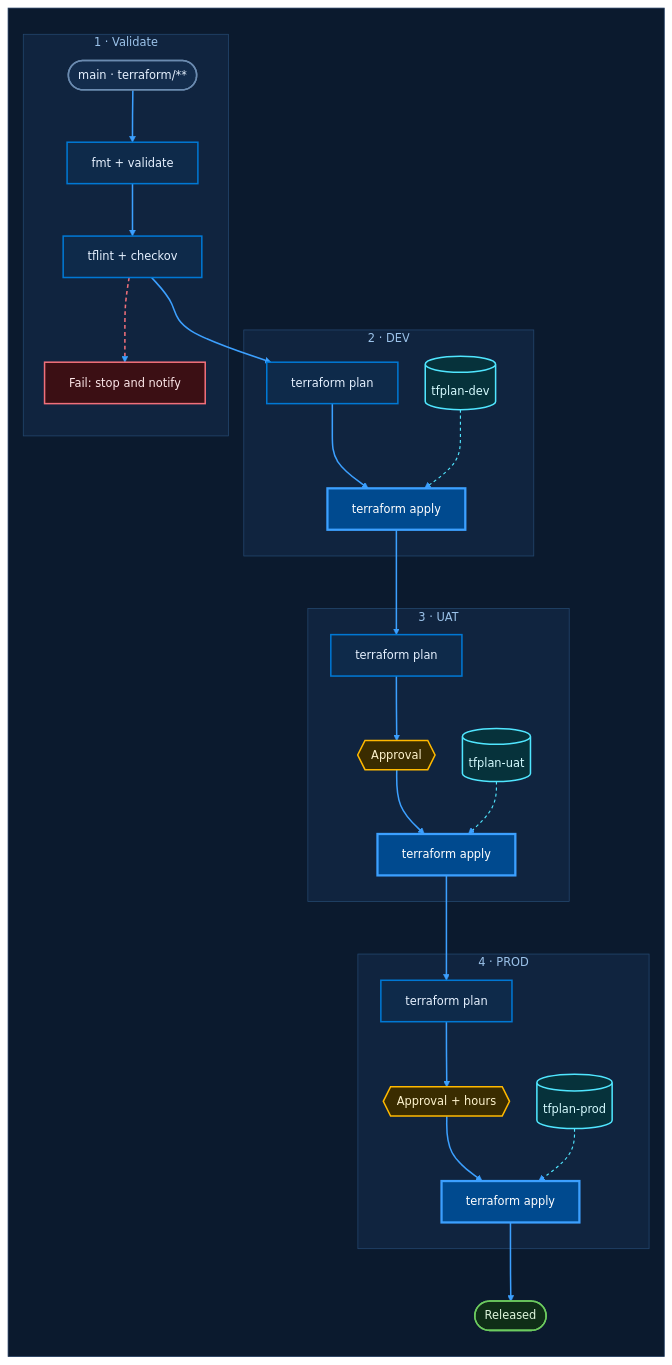
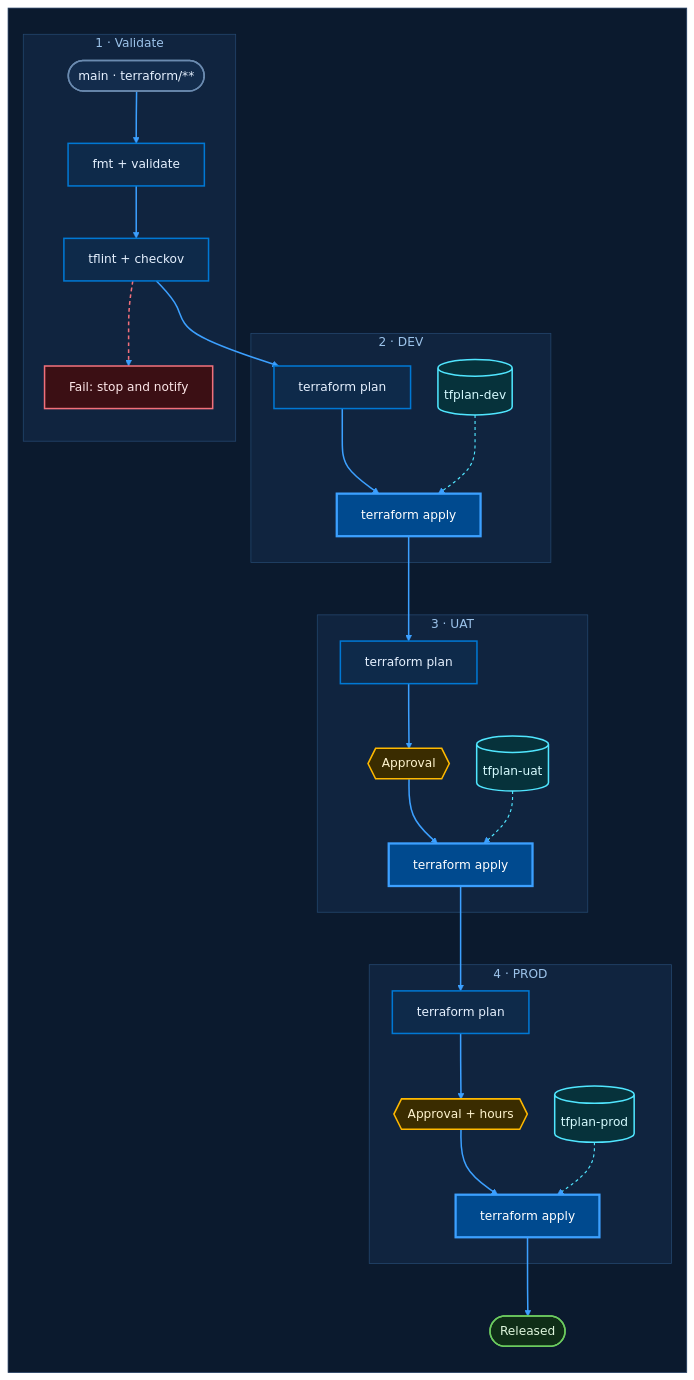
The second of 2 diagrams in skills/mermaid-azure-midnight/templates/pipeline-terraform.md (poorleno1/mermaid-illustrate), drawn with Mermaid before and after one commit. The commit also changed other lines of this file and 14 other files, not shown here.

First line of the commit message:
fix: Azure DevOps wiki profile for diagrams

````diff
--- a/skills/mermaid-azure-midnight/templates/pipeline-terraform.md
+++ b/skills/mermaid-azure-midnight/templates/pipeline-terraform.md
@@ -87,74 +89,74 @@
-```mermaid
-%%{init: {"theme":"base","themeVariables":{"fontFamily":"Geist, Segoe UI, Helvetica, Arial","fontSize":"15px","primaryColor":"#0e2a4a","primaryBorderColor":"#0078d4","primaryTextColor":"#e6f1ff","textColor":"#e6f1ff","lineColor":"#3ca0ff","titleColor":"#9cc3ea","clusterBkg":"#10243f","clusterBorder":"#24476f","edgeLabelBackground":"#0b1a2e","background":"#0b1a2e"},"themeCSS":".bpCode .nodeLabel { font-family: Geist Mono, Cascadia Mono, Consolas, monospace; } .cluster-label .nodeLabel { font-weight: 600; letter-spacing: 0.01em; }","flowchart":{"curve":"basis","nodeSpacing":36,"rankSpacing":44,"padding":16,"wrappingWidth":280}}}%%
+::: mermaid
+%%{init: {"theme": "base", "themeVariables": {"primaryColor": "#0e2a4a", "primaryBorderColor": "#0078d4", "primaryTextColor": "#e6f1ff", "textColor": "#e6f1ff", "lineColor": "#3ca0ff", "titleColor": "#9cc3ea", "clusterBkg": "#10243f", "clusterBorder": "#24476f", "edgeLabelBackground": "#0b1a2e", "background": "#0b1a2e"}, "flowchart": {"curve": "basis", "nodeSpacing": 36, "rankSpacing": 44, "padding": 16}, "themeCSS": ".nodeLabel, .edgeLabel, .cluster-label, .label { font-family: Geist, Segoe UI, Helvetica, Arial; } .cluster-label .nodeLabel { font-weight: 600; letter-spacing: 0.01em; } .edgeLabel, .edgeLabel p, .edgeLabel span, .labelBkg { background-color: #0b1a2e !important; color: #9cc3ea !important; } .edgeLabel rect { fill: #0b1a2e !important; opacity: 1 !important; }"}}%%
 graph TB
   subgraph CANVAS[" "]
     direction TB
     subgraph VAL["1 · Validate"]
       TRG(["main · terraform/**"])
       FMT["fmt + validate"]
       SCAN["tflint + checkov"]
       STOP["Fail: stop and notify"]
     end
     subgraph DEV["2 · DEV"]
       PDEV["terraform plan"]
       TFD[("tfplan-dev")]
       ADEV["terraform apply"]
     end
     subgraph UAT["3 · UAT"]
       PUAT["terraform plan"]
       TFU[("tfplan-uat")]
       GUAT{{"Approval"}}
       AUAT["terraform apply"]
     end
     subgraph PRD["4 · PROD"]
       PPRD["terraform plan"]
       TFP[("tfplan-prod")]
       GPRD{{"Approval + hours"}}
       APRD["terraform apply"]
     end
     DONE(["Released"])
   end
 
   TRG --> FMT
   FMT --> SCAN
   SCAN -.-> STOP
   SCAN --> PDEV
   PDEV --> ADEV
   TFD -.-> ADEV
   ADEV --> PUAT
   PUAT --> GUAT
   GUAT --> AUAT
   TFU -.-> AUAT
   AUAT --> PPRD
   PPRD --> GPRD
   GPRD --> APRD
   TFP -.-> APRD
   APRD --> DONE
 
   classDef bpUser fill:#132c4c,stroke:#6b8bb0,stroke-width:2px,color:#e6f1ff
   classDef bpProcess fill:#0e2a4a,stroke:#0078d4,stroke-width:2px,color:#e6f1ff
   classDef bpInfo fill:#004a8f,stroke:#3ca0ff,stroke-width:3px,color:#ffffff
   classDef bpData fill:#06323b,stroke:#50e6ff,stroke-width:2px,color:#d6fbff
   classDef bpDecision fill:#3a2c00,stroke:#ffb900,stroke-width:2px,color:#fff4ce
   classDef bpSuccess fill:#0f2e17,stroke:#6ccb5f,stroke-width:2px,color:#dff6dd
   classDef bpError fill:#3b0f14,stroke:#f1707b,stroke-width:2px,color:#fde7e9
   classDef bpCode stroke-dasharray:0
   class TRG bpUser
   class FMT,SCAN,PDEV,PUAT,PPRD bpProcess
   class ADEV,AUAT,APRD bpInfo
   class TFD,TFU,TFP bpData
   class GUAT,GPRD bpDecision
   class DONE bpSuccess
   class STOP bpError
   class TRG,FMT,SCAN,PDEV,ADEV,PUAT,AUAT,PPRD,APRD,TFD,TFU,TFP bpCode
 
   style CANVAS fill:#0b1a2e,stroke:#1f3a5f,stroke-width:1px,color:#0b1a2e
   style VAL fill:#10243f,stroke:#24476f,stroke-width:1px,color:#9cc3ea
   style DEV fill:#10243f,stroke:#24476f,stroke-width:1px,color:#9cc3ea
   style UAT fill:#10243f,stroke:#24476f,stroke-width:1px,color:#9cc3ea
   style PRD fill:#10243f,stroke:#24476f,stroke-width:1px,color:#9cc3ea
 
   linkStyle default stroke:#3ca0ff,stroke-width:2px
   linkStyle 2 stroke:#f1707b,stroke-width:2px,stroke-dasharray:5 4
   linkStyle 5,9,13 stroke:#50e6ff,stroke-width:1.5px,stroke-dasharray:4 4
-```
+:::
````
